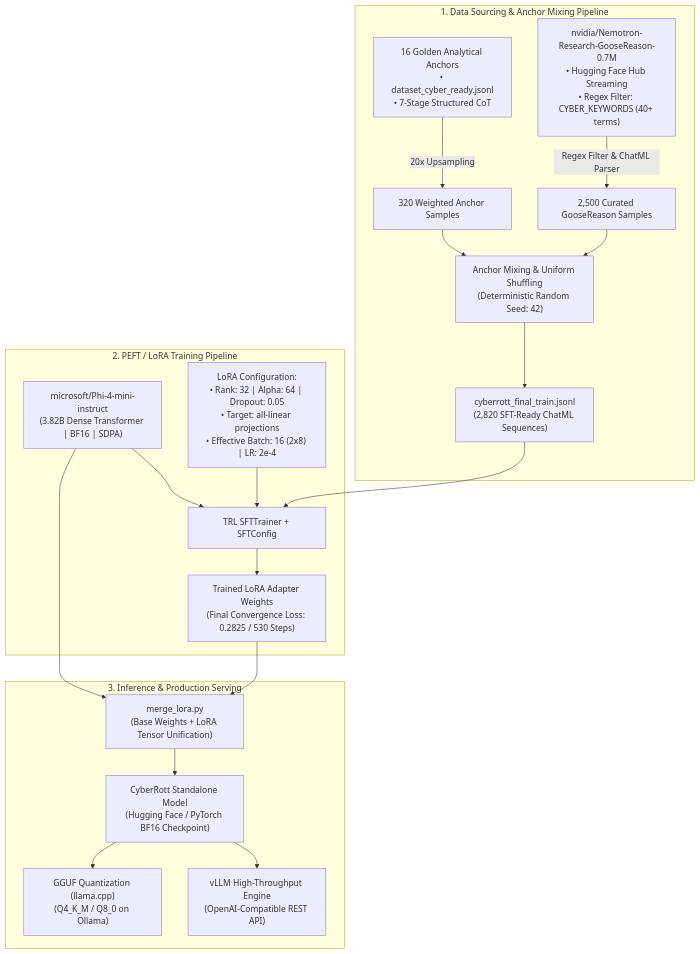
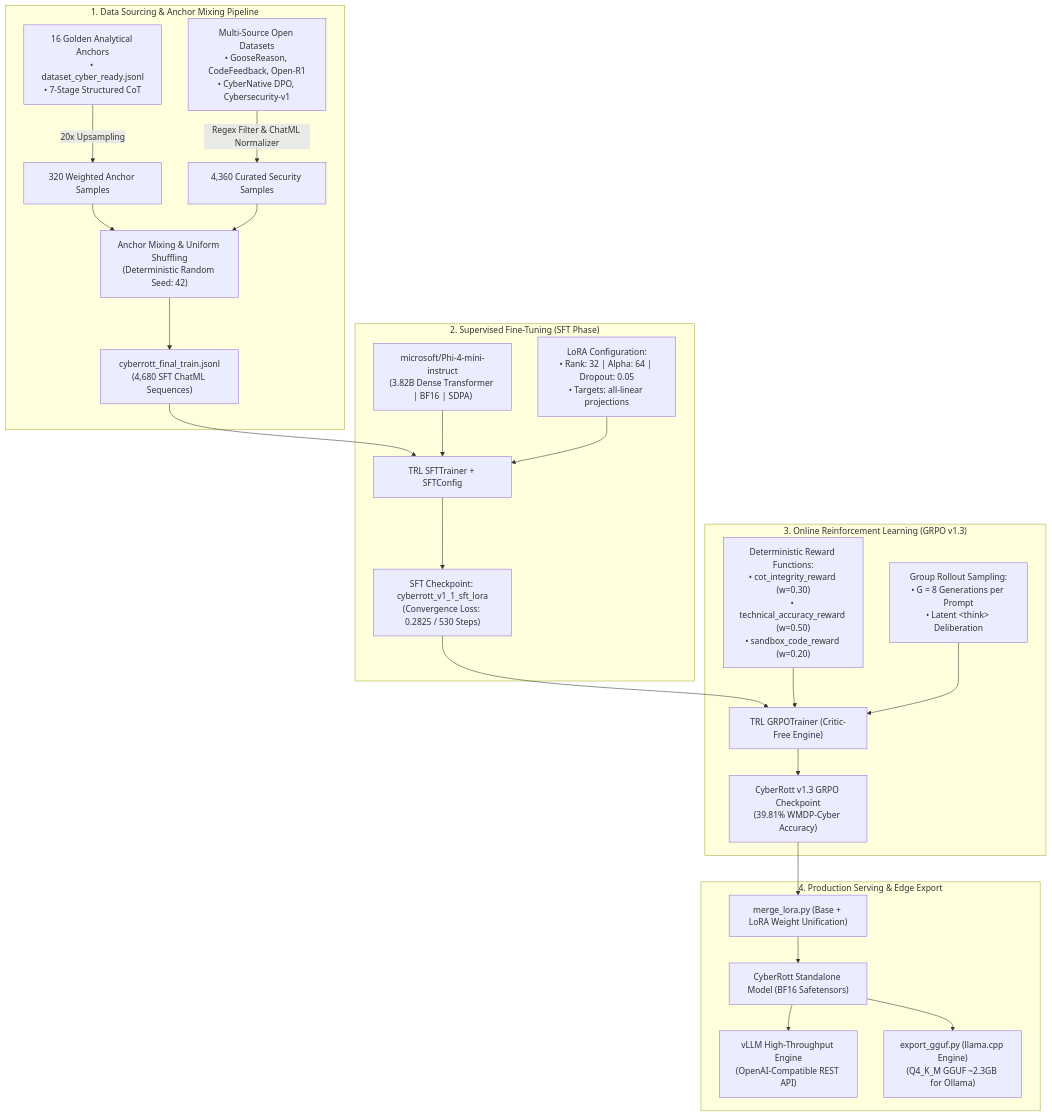
One commit to johnknevescarrijo/CyberRott changed the first of 3 diagrams in README.md. Above: the diagram before and after it, drawn with Mermaid. The commit also changed other lines of this file and 8 other files, not shown here.

Commit message:
docs: translate repository and codebase to technical English and add v1.4 roadmap

````diff
--- a/README.md
+++ b/README.md
@@ -35,25 +36,31 @@
 ```mermaid
 flowchart TD
     subgraph Sourcing["1. Data Sourcing & Anchor Mixing Pipeline"]
         A["16 Golden Analytical Anchors<br>• dataset_cyber_ready.jsonl<br>• 7-Stage Structured CoT"] -->|20x Upsampling| B["320 Weighted Anchor Samples"]
-        C["nvidia/Nemotron-Research-GooseReason-0.7M<br>• Hugging Face Hub Streaming<br>• Regex Filter: CYBER_KEYWORDS (40+ terms)"] -->|Regex Filter & ChatML Parser| D["2,500 Curated GooseReason Samples"]
+        C["Multi-Source Open Datasets<br>• GooseReason, CodeFeedback, Open-R1<br>• CyberNative DPO, Cybersecurity-v1"] -->|Regex Filter & ChatML Normalizer| D["4,360 Curated Security Samples"]
         B --> E["Anchor Mixing & Uniform Shuffling<br>(Deterministic Random Seed: 42)"]
         D --> E
-        E --> F["cyberrott_final_train.jsonl<br>(2,820 SFT-Ready ChatML Sequences)"]
+        E --> F["cyberrott_final_train.jsonl<br>(4,680 SFT ChatML Sequences)"]
     end
 
-    subgraph Training["2. PEFT / LoRA Training Pipeline"]
+    subgraph SFT["2. Supervised Fine-Tuning (SFT Phase)"]
         F --> G["TRL SFTTrainer + SFTConfig"]
         H["microsoft/Phi-4-mini-instruct<br>(3.82B Dense Transformer | BF16 | SDPA)"] --> G
-        I["LoRA Configuration:<br>• Rank: 32 | Alpha: 64 | Dropout: 0.05<br>• Target: all-linear projections<br>• Effective Batch: 16 (2x8) | LR: 2e-4"] --> G
-        G --> J["Trained LoRA Adapter Weights<br>(Final Convergence Loss: 0.2825 / 530 Steps)"]
+        I["LoRA Configuration:<br>• Rank: 32 | Alpha: 64 | Dropout: 0.05<br>• Targets: all-linear projections"] --> G
+        G --> J["SFT Checkpoint: cyberrott_v1_1_sft_lora<br>(Convergence Loss: 0.2825 / 530 Steps)"]
     end
 
-    subgraph Serving["3. Inference & Production Serving"]
-        J --> K["merge_lora.py<br>(Base Weights + LoRA Tensor Unification)"]
-        H --> K
-        K --> L["CyberRott Standalone Model<br>(Hugging Face / PyTorch BF16 Checkpoint)"]
-        L --> M["vLLM High-Throughput Engine<br>(OpenAI-Compatible REST API)"]
-        L --> N["GGUF Quantization (llama.cpp)<br>(Q4_K_M / Q8_0 on Ollama)"]
+    subgraph RL["3. Online Reinforcement Learning (GRPO v1.3)"]
+        J --> K["TRL GRPOTrainer (Critic-Free Engine)"]
+        L["Deterministic Reward Functions:<br>• cot_integrity_reward (w=0.30)<br>• technical_accuracy_reward (w=0.50)<br>• sandbox_code_reward (w=0.20)"] --> K
+        M["Group Rollout Sampling:<br>• G = 8 Generations per Prompt<br>• Latent &lt;think&gt; Deliberation"] --> K
+        K --> N["CyberRott v1.3 GRPO Checkpoint<br>(39.81% WMDP-Cyber Accuracy)"]
+    end
+
+    subgraph Serving["4. Production Serving & Edge Export"]
+        N --> O["merge_lora.py (Base + LoRA Weight Unification)"]
+        O --> P["CyberRott Standalone Model (BF16 Safetensors)"]
+        P --> Q["vLLM High-Throughput Engine<br>(OpenAI-Compatible REST API)"]
+        P --> R["export_gguf.py (llama.cpp Engine)<br>(Q4_K_M GGUF ~2.3GB for Ollama)"]
     end
 ```
````
